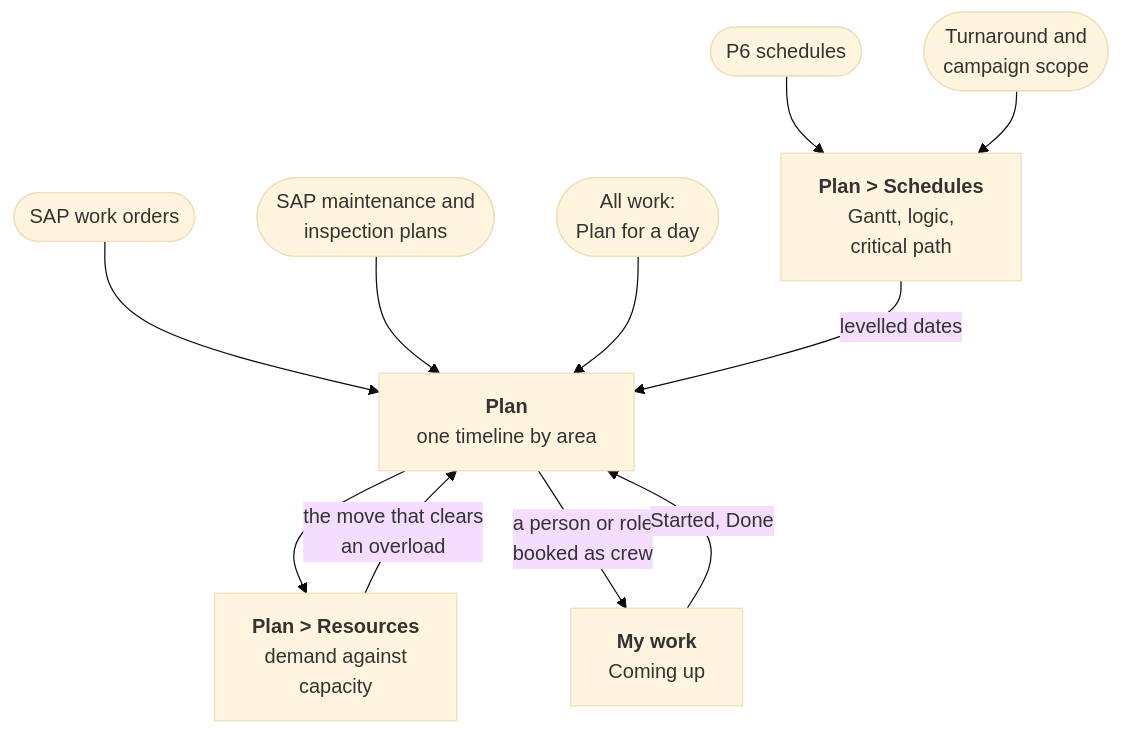
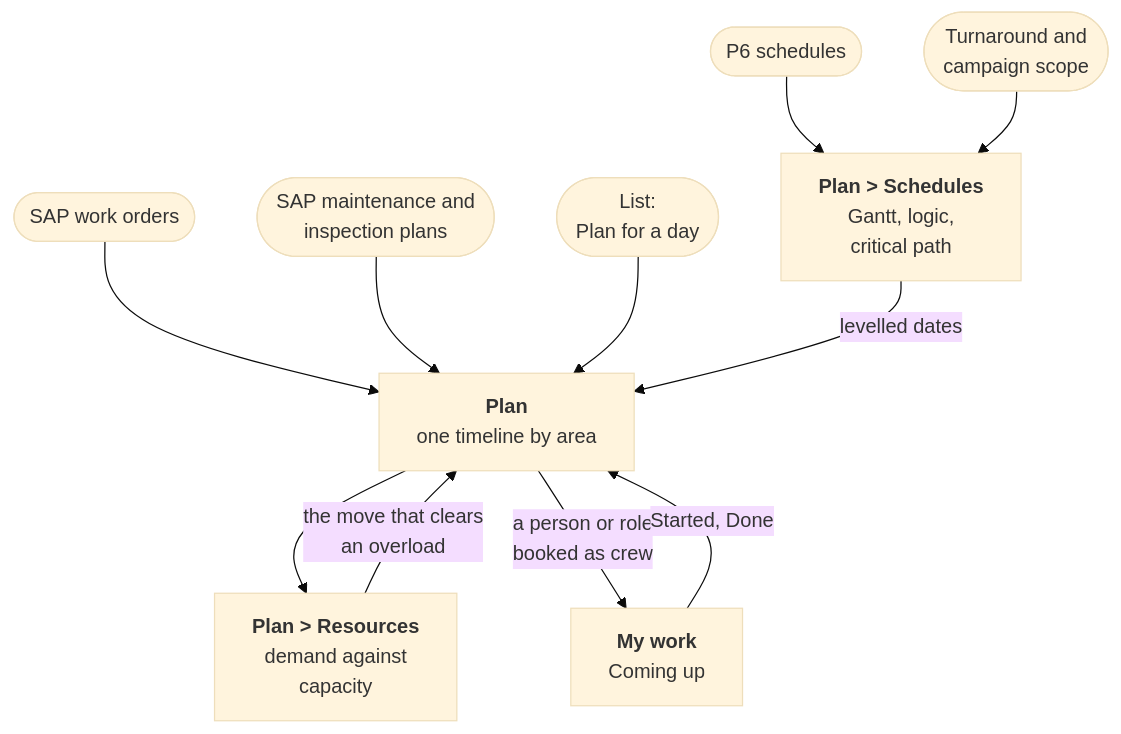
The fifth of 5 diagrams in docs/work-map.md (areed145/fuzer), drawn with Mermaid (base theme) before and after one commit. The commit also changed other lines of this file and 12 other files, not shown here.

````diff
--- a/docs/work-map.md
+++ b/docs/work-map.md
@@ -186,13 +188,13 @@
 ```mermaid
 flowchart TB
   o(["SAP work orders"]) --> p["<b>Plan</b><br>one timeline by area"]
   m(["SAP maintenance and<br>inspection plans"]) --> p
-  e(["All work:<br>Plan for a day"]) --> p
+  e(["List:<br>Plan for a day"]) --> p
   q(["P6 schedules"]) --> s["<b>Plan &gt; Schedules</b><br>Gantt, logic,<br>critical path"]
   t(["Turnaround and<br>campaign scope"]) --> s
   s -->|"levelled dates"| p
   p --> r["<b>Plan &gt; Resources</b><br>demand against<br>capacity"]
   r -->|"the move that clears<br>an overload"| p
   p -->|"a person or role<br>booked as crew"| c["<b>My work</b><br>Coming up"]
   c -->|"Started, Done"| p
 ```
````
